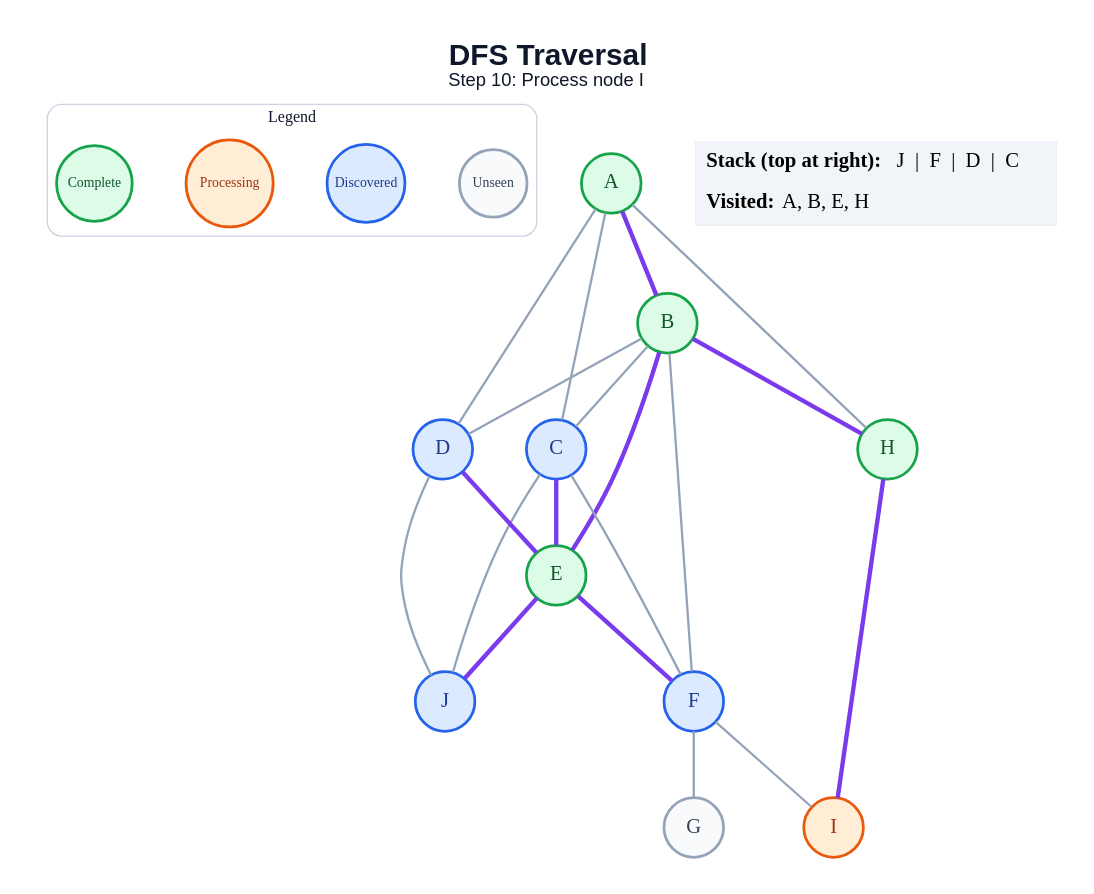
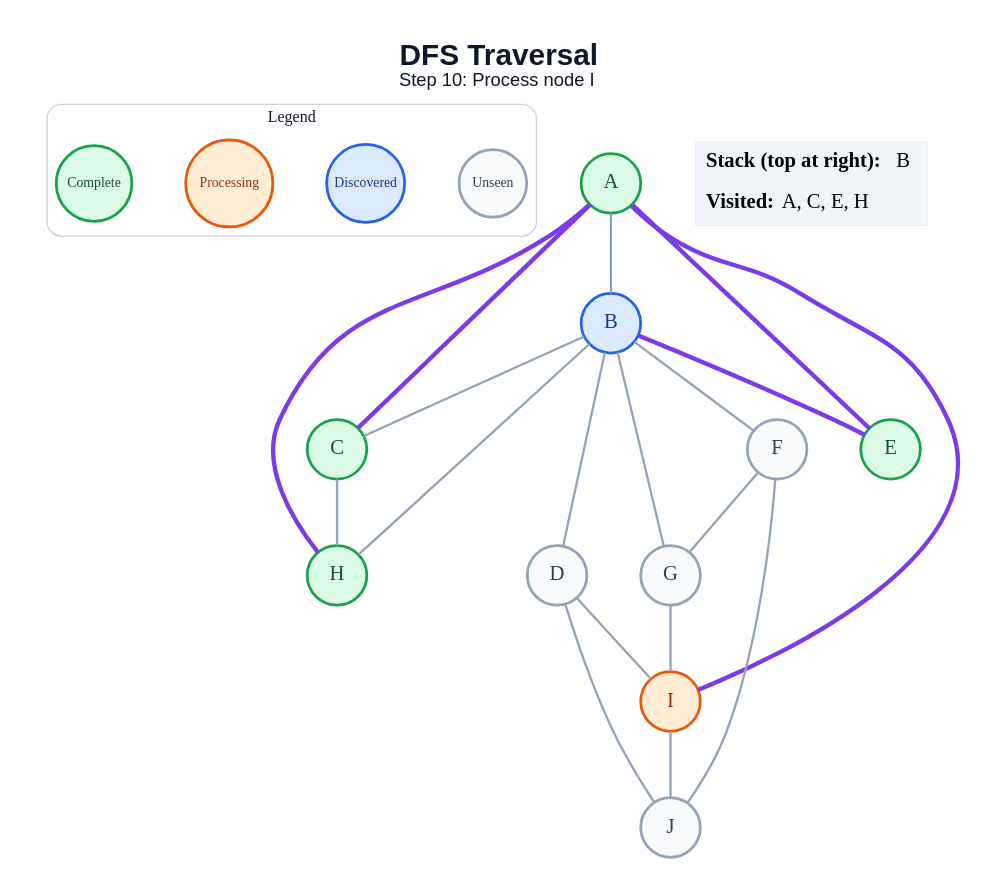
The diagram in generated/specific-node/dfs/step_10.dot (amanghodawala9/ai-slop), drawn with Graphviz before and after one commit. The commit also changed 178 other files, not shown here.

```diff
--- a/generated/specific-node/dfs/step_10.dot
+++ b/generated/specific-node/dfs/step_10.dot
@@ -1,48 +1,47 @@
 graph traversal {
   graph [layout=dot, rankdir=TB, bgcolor="#FFFFFF", pad="0.35", nodesep="0.65", ranksep="0.8", fontname="Arial"];
   node [shape=circle, style="filled", fontname="Arial Bold", fontsize=18, width=0.72, fixedsize=true, penwidth=2.4];
   edge [color="#94A3B8", penwidth=2.0];
   label=<<B>DFS Traversal</B><BR/><FONT POINT-SIZE="16">Step 10: Process node I</FONT>>; labelloc="t"; fontsize=26; fontname="Arial"; fontcolor="#0F172A";
   subgraph cluster_legend { label="Legend"; color="#CBD5E1"; penwidth=1.2; style="rounded"; fontsize=14; fontname="Arial Bold";
     key_unseen [label="Unseen", fillcolor="#F8FAFC", color="#94A3B8", fontcolor="#334155", fontsize=12, width=0.82];
     key_frontier [label="Discovered", fillcolor="#DBEAFE", color="#2563EB", fontcolor="#1E3A8A", fontsize=12, width=0.95];
     key_current [label="Processing", fillcolor="#FFEDD5", color="#EA580C", fontcolor="#9A3412", fontsize=12, width=1.05];
     key_done [label="Complete", fillcolor="#DCFCE7", color="#16A34A", fontcolor="#14532D", fontsize=12, width=0.92];
     { rank=same; key_unseen; key_frontier; key_current; key_done; }
   }
   A [fillcolor="#DCFCE7", color="#16A34A", fontcolor="#14532D"];
-  B [fillcolor="#DCFCE7", color="#16A34A", fontcolor="#14532D"];
-  C [fillcolor="#DBEAFE", color="#2563EB", fontcolor="#1E3A8A"];
-  D [fillcolor="#DBEAFE", color="#2563EB", fontcolor="#1E3A8A"];
+  B [fillcolor="#DBEAFE", color="#2563EB", fontcolor="#1E3A8A"];
+  C [fillcolor="#DCFCE7", color="#16A34A", fontcolor="#14532D"];
+  D [fillcolor="#F8FAFC", color="#94A3B8", fontcolor="#334155"];
   E [fillcolor="#DCFCE7", color="#16A34A", fontcolor="#14532D"];
-  F [fillcolor="#DBEAFE", color="#2563EB", fontcolor="#1E3A8A"];
+  F [fillcolor="#F8FAFC", color="#94A3B8", fontcolor="#334155"];
   G [fillcolor="#F8FAFC", color="#94A3B8", fontcolor="#334155"];
   H [fillcolor="#DCFCE7", color="#16A34A", fontcolor="#14532D"];
   I [fillcolor="#FFEDD5", color="#EA580C", fontcolor="#9A3412"];
-  J [fillcolor="#DBEAFE", color="#2563EB", fontcolor="#1E3A8A"];
-  A -- B [color="#7C3AED", penwidth=3.8];
-  A -- C;
-  A -- D;
-  A -- H;
+  J [fillcolor="#F8FAFC", color="#94A3B8", fontcolor="#334155"];
+  A -- B;
+  A -- C [color="#7C3AED", penwidth=3.8];
+  A -- E [color="#7C3AED", penwidth=3.8];
+  A -- H [color="#7C3AED", penwidth=3.8];
+  A -- I [color="#7C3AED", penwidth=3.8];
   B -- C;
   B -- D;
   B -- E [color="#7C3AED", penwidth=3.8];
   B -- F;
-  B -- H [color="#7C3AED", penwidth=3.8];
-  C -- E [color="#7C3AED", penwidth=3.8];
-  C -- F;
-  C -- J;
-  D -- E [color="#7C3AED", penwidth=3.8];
+  B -- G;
+  B -- H;
+  C -- H;
+  D -- I;
   D -- J;
-  E -- F [color="#7C3AED", penwidth=3.8];
-  E -- J [color="#7C3AED", penwidth=3.8];
   F -- G;
-  F -- I;
-  H -- I [color="#7C3AED", penwidth=3.8];
+  F -- J;
+  G -- I;
+  I -- J;
   status [shape=plain, fixedsize=false, width=0, height=0, margin=0, label=<
     <TABLE BORDER="0" CELLBORDER="0" CELLPADDING="7" BGCOLOR="#F1F5F9">
-      <TR><TD ALIGN="LEFT"><B>Stack (top at right):</B> J  |  F  |  D  |  C</TD></TR>
-      <TR><TD ALIGN="LEFT"><B>Visited:</B> A, B, E, H</TD></TR>
+      <TR><TD ALIGN="LEFT"><B>Stack (top at right):</B> B</TD></TR>
+      <TR><TD ALIGN="LEFT"><B>Visited:</B> A, C, E, H</TD></TR>
     </TABLE>
   >];
 }
```
